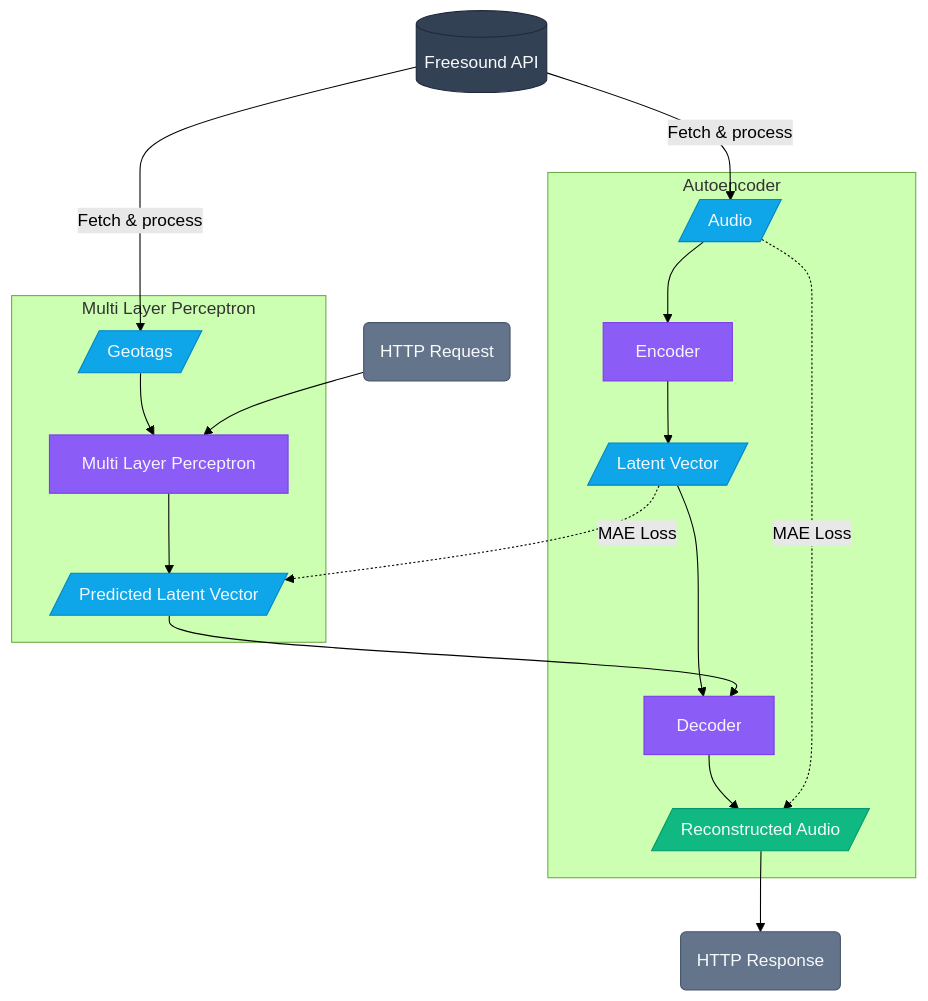
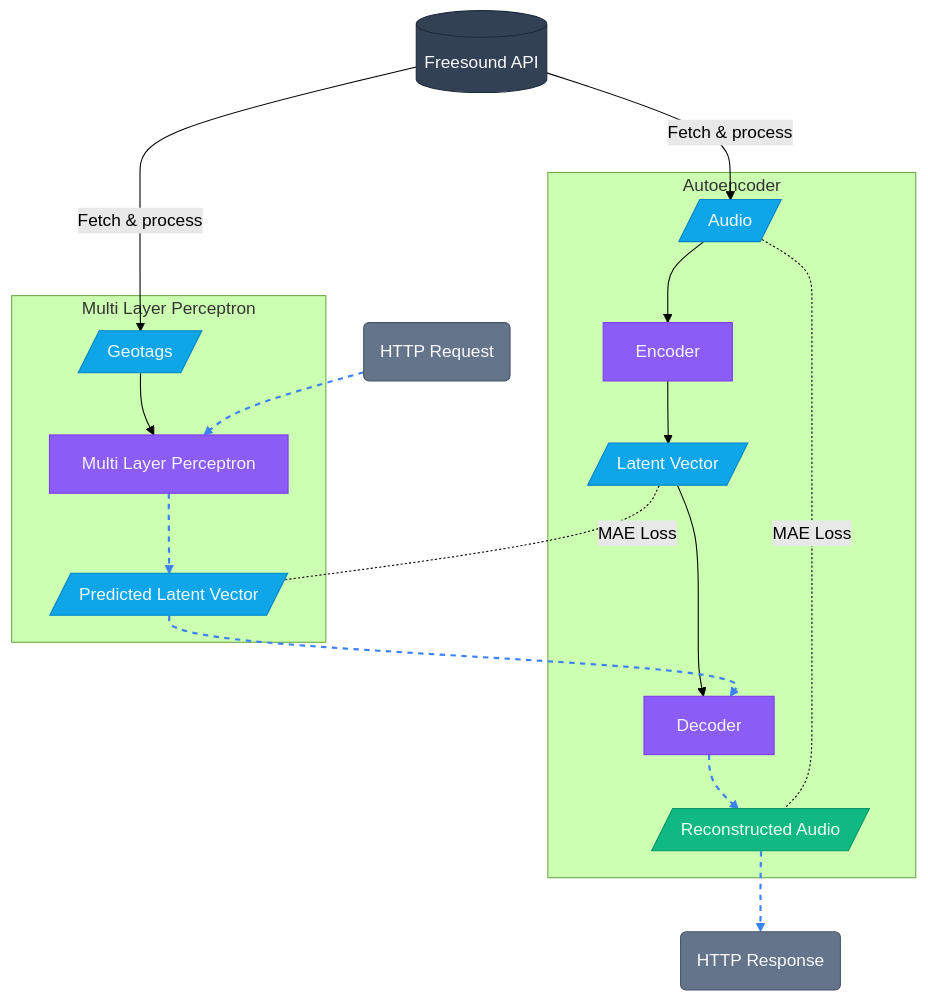
One commit to vivekvjyn/GeoSynth changed the diagram in README.md. Above: the diagram before and after it, drawn with Mermaid (forest theme). The commit also changed 6 other files, not shown here.

````diff
--- a/README.md
+++ b/README.md
@@ -14,35 +14,36 @@
 ```mermaid
 flowchart TD
     DB[(Freesound API)] -->|Fetch & process| A[/Audio/]
     DB -->|Fetch & process| G[/Geotags/]
 
     subgraph "Autoencoder"
       A --> EN[Encoder]
       EN --> LV[/Latent Vector/]
       LV --> DE[Decoder]
       DE --> RA[/Reconstructed Audio/]
-      A -.->|MAE Loss| RA
+      A -.- |MAE Loss| RA
     end
 
     subgraph "Multi Layer Perceptron"
       G --> MLP[Multi Layer Perceptron]
       MLP --> PLV[/Predicted Latent Vector/]
       PLV --> DE
-      LV -.->|MAE Loss| PLV
+      LV -.- |MAE Loss| PLV
     end
 
-    HRQ(HTTP Request) --> MLP
-    RA --> HRS(HTTP Response)
+    HRQ(HTTP Request) ==> MLP
+    RA ==> HRS(HTTP Response)
 
     style DB fill:#334155,stroke:#1e293b,color:#f8fafc
     style A fill:#0ea5e9,stroke:#0284c7,color:#f0f9ff
     style G fill:#0ea5e9,stroke:#0284c7,color:#f0f9ff
     style EN fill:#8b5cf6,stroke:#7c3aed,color:#f5f3ff
     style LV fill:#0ea5e9,stroke:#0284c7,color:#f0f9ff
     style DE fill:#8b5cf6,stroke:#7c3aed,color:#f5f3ff
     style RA fill:#10b981,stroke:#059669,color:#ecfdf5
     style MLP fill:#8b5cf6,stroke:#7c3aed,color:#f5f3ff
     style PLV fill:#0ea5e9,stroke:#0284c7,color:#f0f9ff
     style HRQ fill:#64748b,stroke:#475569,color:#f8fafc
     style HRS fill:#64748b,stroke:#475569,color:#f8fafc
+    linkStyle 11,8,9,5,12 stroke:#3b82f6,stroke-width:2px,stroke-dasharray:5 5
 ```
````
